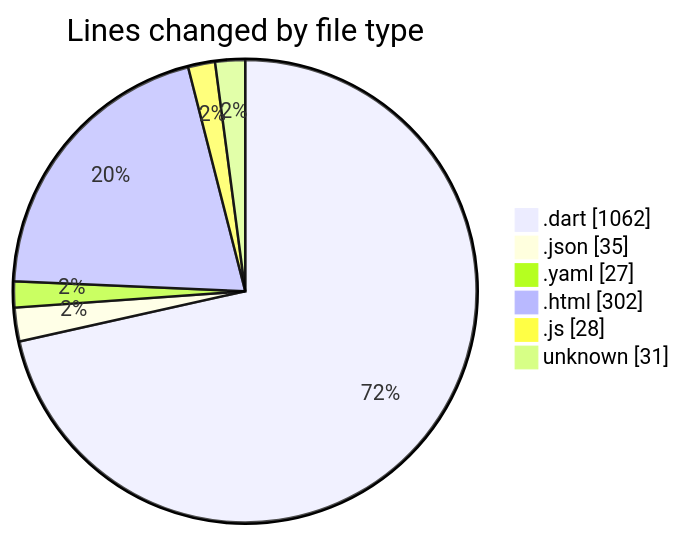
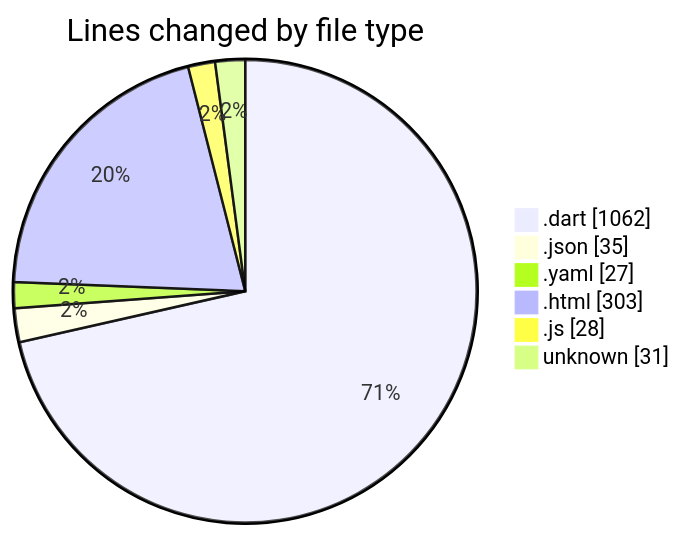
Before and after one commit to lephambinh05/code-tracking: the first of 2 diagrams in 2025-09-08/quanlylink/README.md, drawn with Mermaid. The commit also changed other lines of this file and 1 other file, not shown here.

````diff
--- a/2025-09-08/quanlylink/README.md
+++ b/2025-09-08/quanlylink/README.md
@@ -31,10 +31,10 @@
 ```mermaid
 pie showData
 title Lines changed by file type
 ".dart" : 1062
 ".json" : 35
 ".yaml" : 27
-".html" : 302
+".html" : 303
 ".js" : 28
 "unknown" : 31
 ```
````
